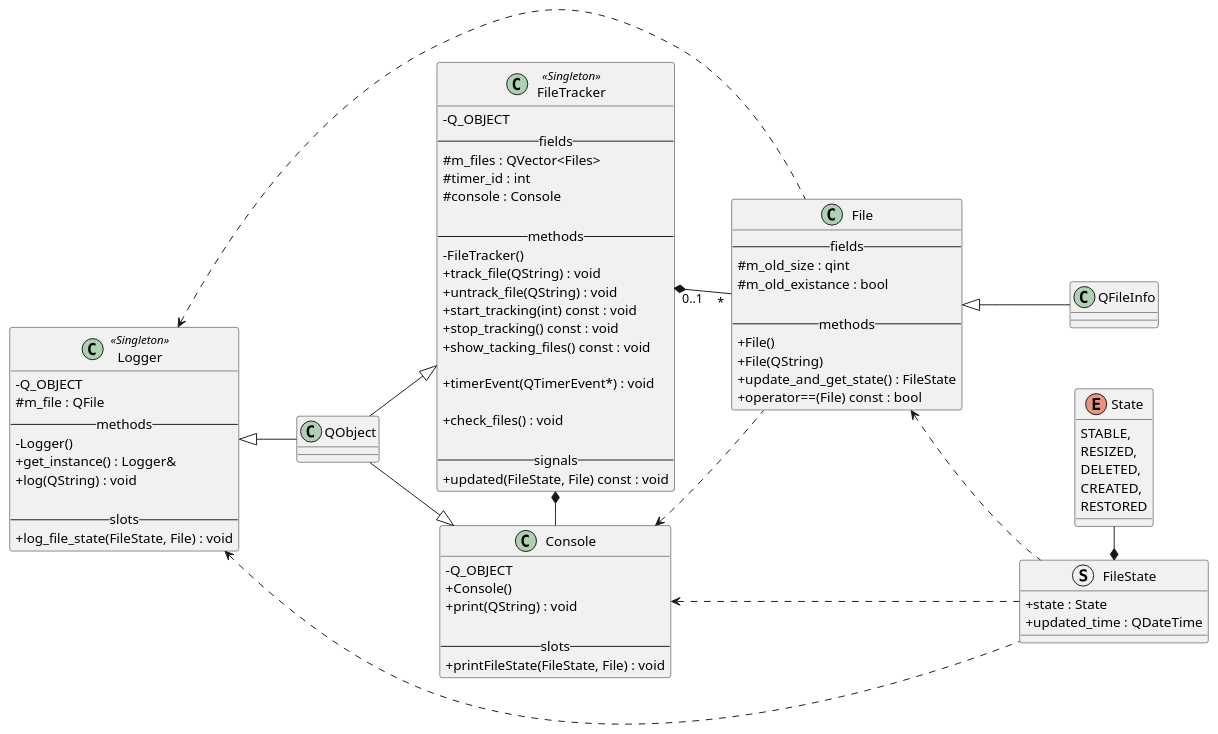
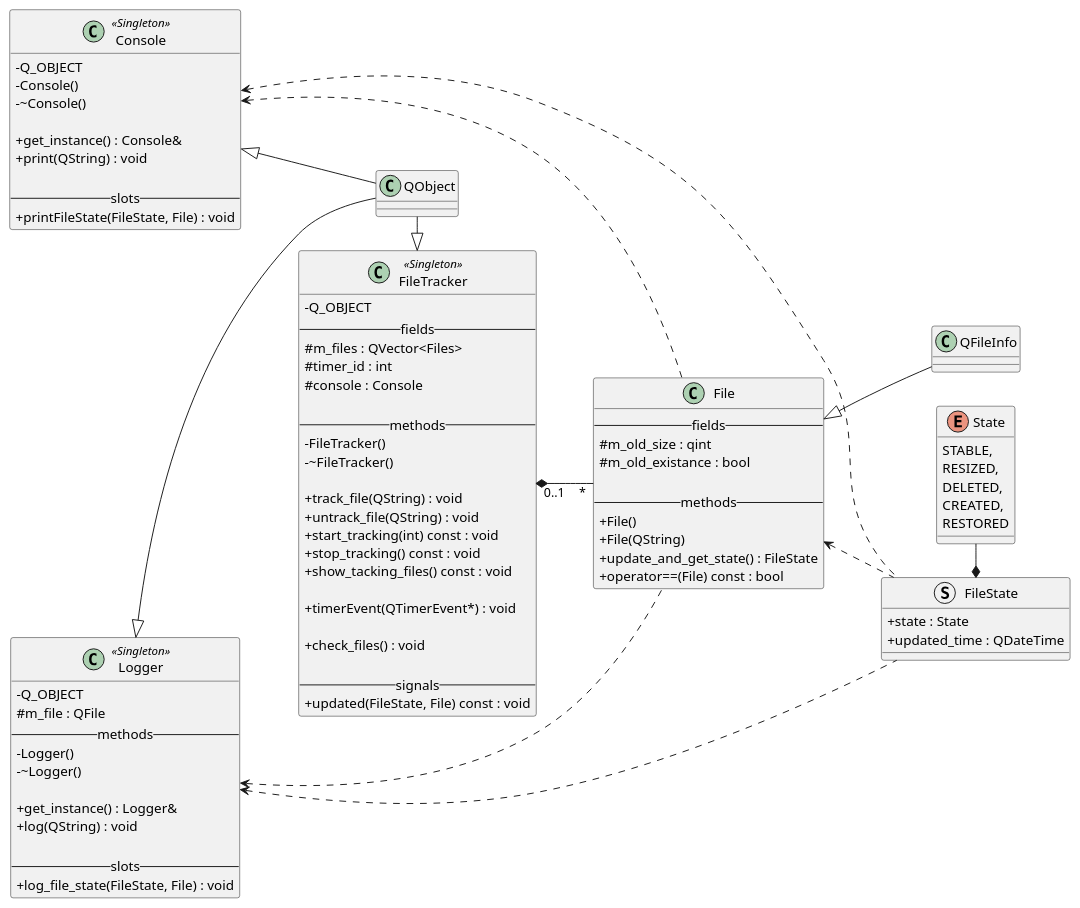
One commit to insert-zkm/QTConsoleFileManager changed the diagram in UML/instance.puml. Above: the diagram before and after it, drawn with PlantUML. The commit also changed 4 other files, not shown here.

Commit message:
class Console to <<singleton>>

```diff
--- a/UML/instance.puml
+++ b/UML/instance.puml
@@ -1,93 +1,99 @@
 @startuml
 skinparam classAttributeIconSize 0
 left to right direction
 
 class QFileInfo {}
 class QObject {}
 
-class Console {
+class Console <<Singleton>> {
     - Q_OBJECT
-    + Console()
+    - Console()
+    - ~Console()
+
+    + get_instance() : Console&
     + print(QString) : void
 
     -- slots --
     + printFileState(FileState, File) : void
 }
 
 class Logger <<Singleton>> {
     - Q_OBJECT
     # m_file : QFile
     -- methods --
     - Logger()
+    - ~Logger()
+
     + get_instance() : Logger&
     + log(QString) : void
 
     -- slots --
     +log_file_state(FileState, File) : void
 }
 
 class File {
     -- fields --
     # m_old_size : qint
     # m_old_existance : bool
 
     -- methods --
     + File()
     + File(QString)
     + update_and_get_state() : FileState
     + operator==(File) const : bool
 }
 
 class FileTracker <<Singleton>> {
     - Q_OBJECT
     -- fields --
     # m_files : QVector<Files>
     # timer_id : int
     # console : Console
 
     -- methods --
     - FileTracker()
+    - ~FileTracker()
+
     + track_file(QString) : void
     + untrack_file(QString) : void
     + start_tracking(int) const : void
     + stop_tracking() const : void
     + show_tacking_files() const : void
 
     + timerEvent(QTimerEvent*) : void
 
     + check_files() : void
 
     -- signals --
     + updated(FileState, File) const : void
 }
 
 enum State {
     STABLE,
     RESIZED,
     DELETED,
     CREATED,
     RESTORED
 }
 
 struct FileState {
     + state : State
     + updated_time : QDateTime
 }
 
 FileTracker "0..1" *-- "*" File
-FileTracker *-right- Console
 
 Logger <.. File
 Logger <.. FileState
 
 Console <.. File
 Console <.. FileState
 
 FileState *-left- State
 File <.. FileState
 
 File <|-- QFileInfo
 FileTracker <|-left- QObject
 Console <|-- QObject
 Logger <|-- QObject
 @enduml
```
